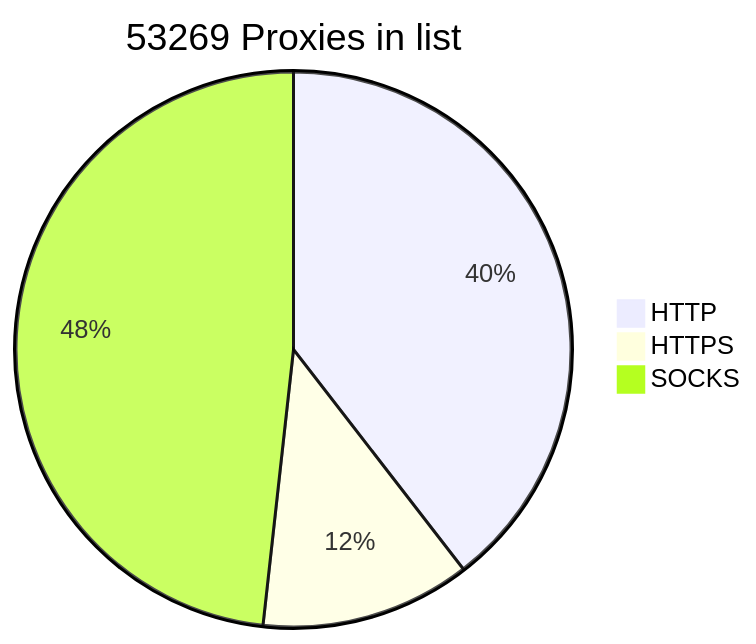
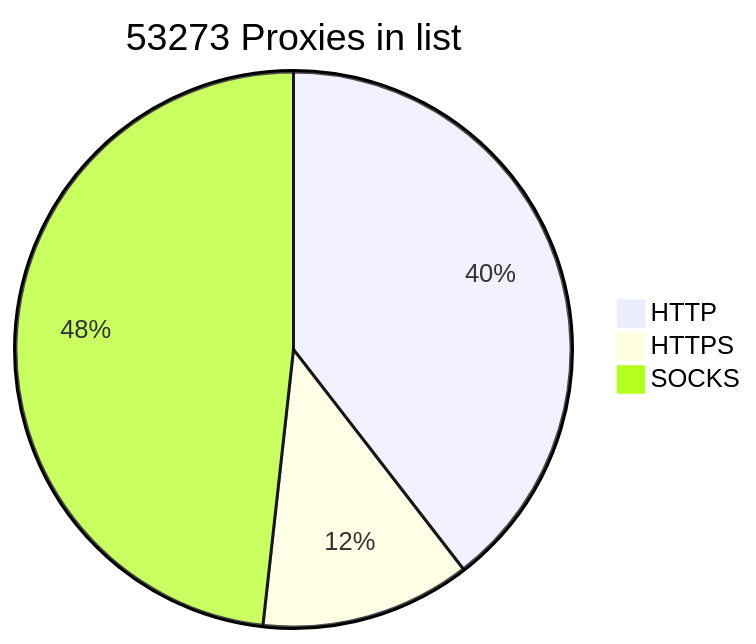
Before and after one commit to BlackSnowDot/proxylist-update-every-minute: the diagram in README.md, drawn with Mermaid.

````diff
--- a/README.md
+++ b/README.md
@@ -2,6 +2,6 @@
 ```mermaid
-pie title 53269 Proxies in list
+pie title 53273 Proxies in list
     "HTTP" : 23517
-    "HTTPS": 7278
+    "HTTPS": 7282
     "SOCKS" : 28707
 ```
````
